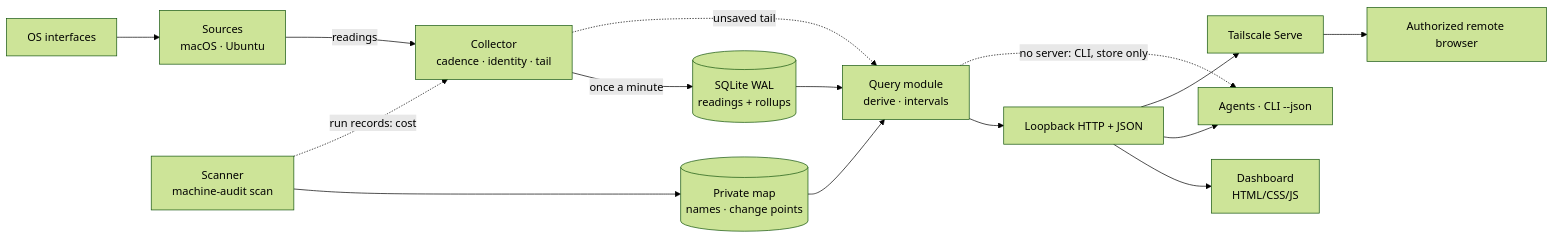
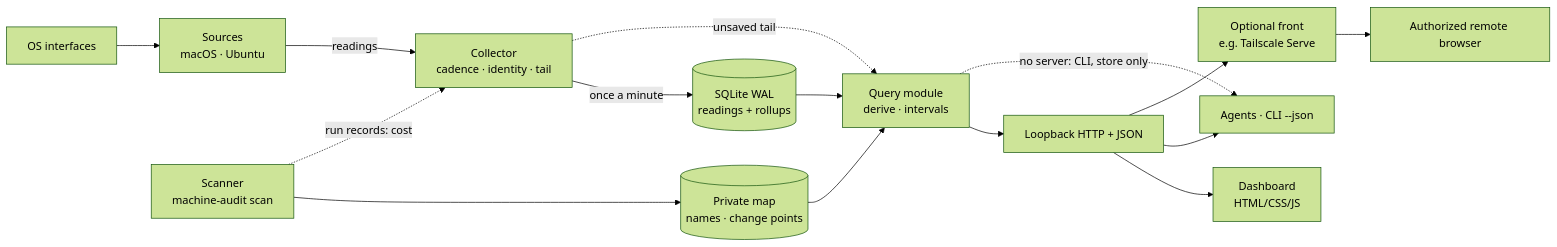
One commit to dkroshow/machine-audit changed the diagram in docs/architecture.md. Above: the diagram before and after it, drawn with Mermaid (forest theme). The commit also changed other lines of this file and 8 other files, not shown here.

Commit message:
feat(serve): allowed_hosts replaces the Tailscale-only host setting

````diff
--- a/docs/architecture.md
+++ b/docs/architecture.md
@@ -46,17 +46,17 @@
 ```mermaid
 flowchart LR
   OS[OS interfaces] --> S[Sources<br/>macOS · Ubuntu]
   S -->|readings| C[Collector<br/>cadence · identity · tail]
   C -->|once a minute| DB[(SQLite WAL<br/>readings + rollups)]
   C -.unsaved tail.-> Q
   SC[Scanner<br/>machine-audit scan] --> M[(Private map<br/>names · change points)]
   M --> Q
   SC -.run records: cost.-> C
   DB --> Q[Query module<br/>derive · intervals]
   Q --> H[Loopback HTTP + JSON]
   H --> D[Dashboard<br/>HTML/CSS/JS]
   H --> A[Agents · CLI --json]
-  H --> TS[Tailscale Serve]
+  H --> TS[Optional front<br/>e.g. Tailscale Serve]
   TS --> R[Authorized remote browser]
   Q -. no server: CLI, store only .-> A
 ```
````
